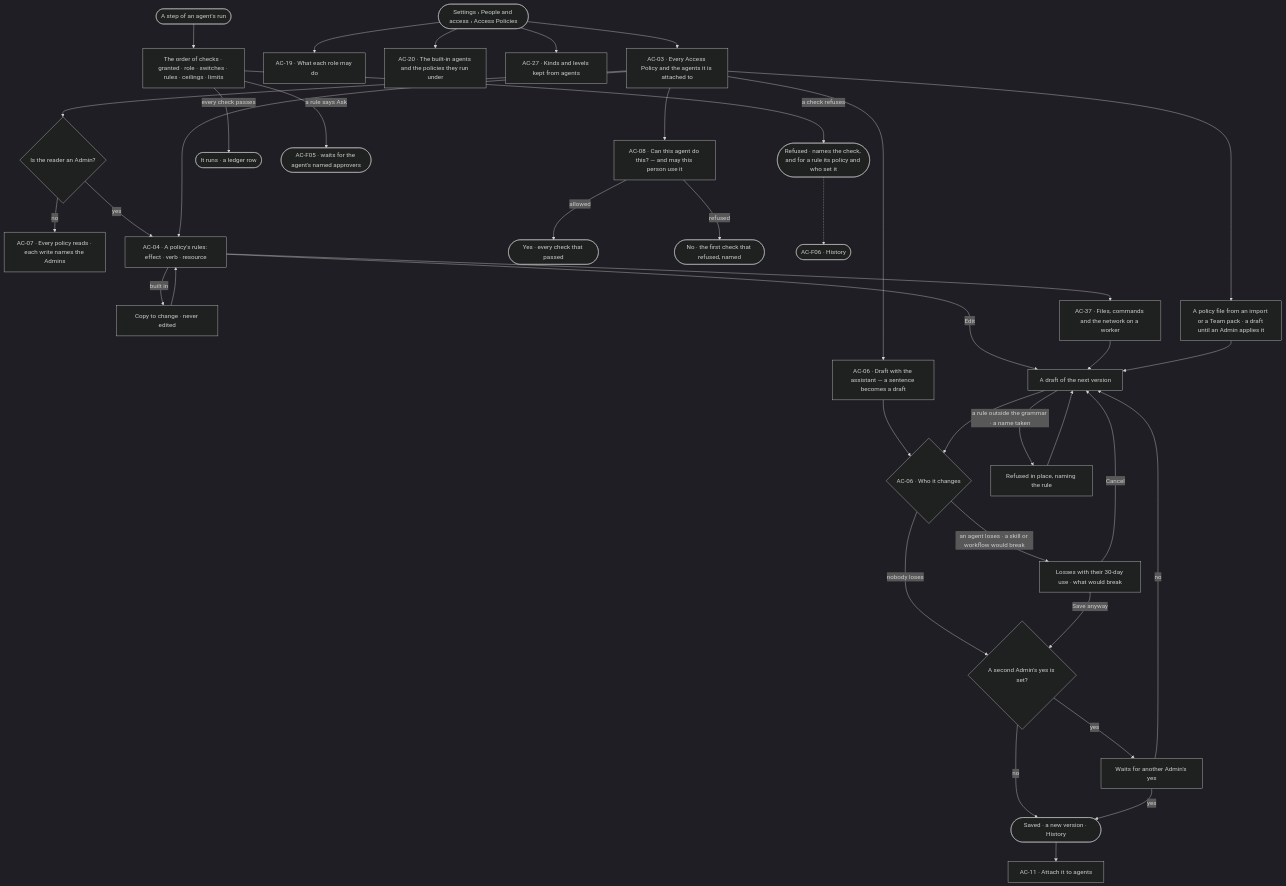
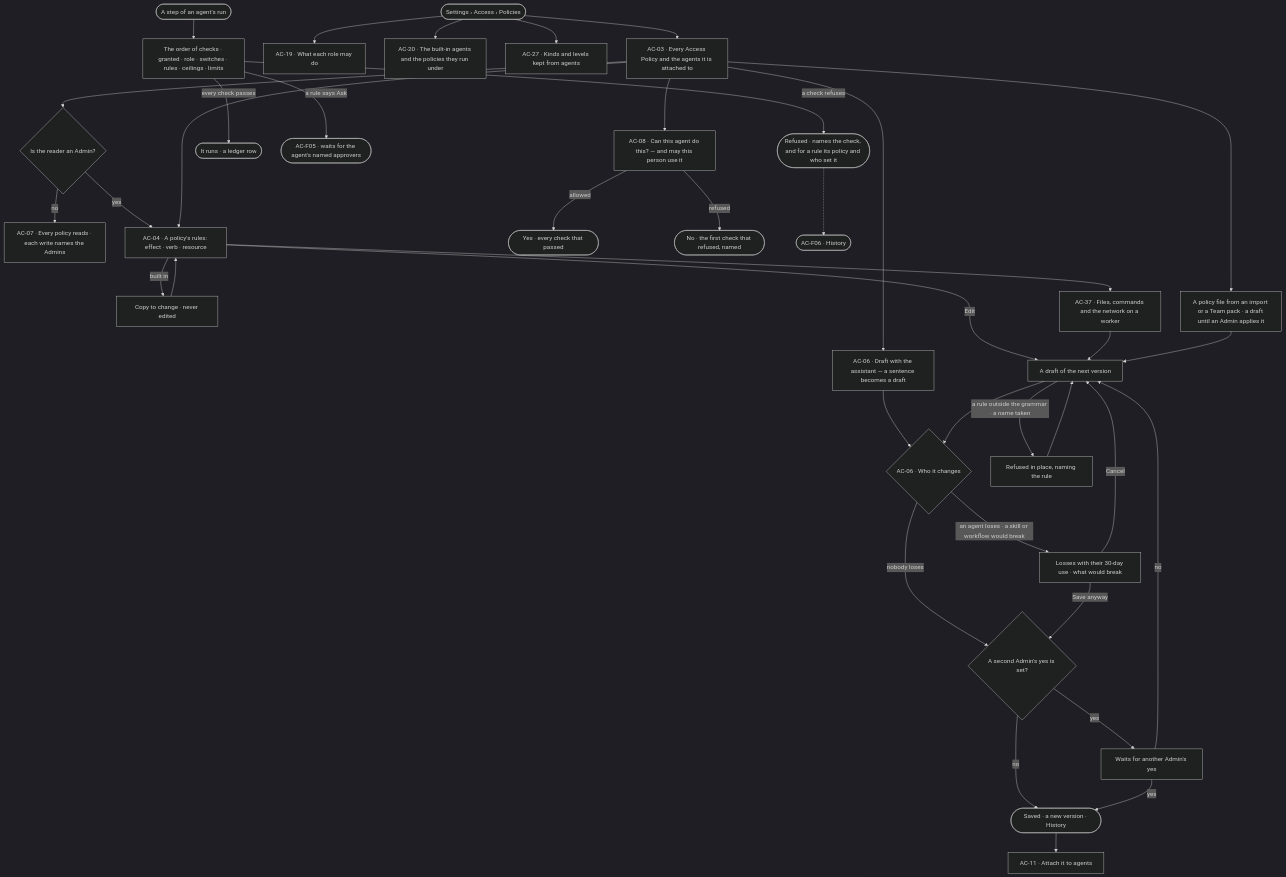
The first of 2 diagrams in specs/os/access/features/AC-F02-access-policies/feature.md (invana/invana), drawn with Mermaid (dark theme) before and after one commit. The commit also changed other lines of this file and 106 other files, not shown here.

````diff
--- a/specs/os/access/features/AC-F02-access-policies/feature.md
+++ b/specs/os/access/features/AC-F02-access-policies/feature.md
@@ -29,39 +29,39 @@
 ```mermaid
 flowchart TD
-  start([Settings › People and access › Access Policies]) --> list["AC-03 · Every Access Policy and the agents it is attached to"]
+  start([Settings › Access › Policies]) --> list["AC-03 · Every Access Policy and the agents it is attached to"]
   list --> who{"Is the reader an Admin?"}
   who -->|no| ro["AC-07 · Every policy reads · each write names the Admins"]
   who -->|yes| open["AC-04 · A policy's rules: effect · verb · resource"]
   list --> open
   open -->|built in| copy["Copy to change · never edited"] --> open
   open --> wk["AC-37 · Files, commands and the network on a worker"]
   list --> draft["AC-06 · Draft with the assistant — a sentence becomes a draft"]
   list --> imp0["A policy file from an import or a Team pack · a draft until an Admin applies it"]
   open -->|Edit| edit["A draft of the next version"]
   wk --> edit
   imp0 --> edit
   draft --> imp{"AC-06 · Who it changes"}
   edit --> imp
   imp -->|nobody loses| sv{"A second Admin's yes is set?"}
   imp -->|an agent loses · a skill or workflow would break| warn["Losses with their 30-day use · what would break"]
   warn -->|Save anyway| sv
   warn -->|Cancel| edit
   sv -->|no| save(["Saved · a new version · History"])
   sv -->|yes| two["Waits for another Admin's yes"]
   two -->|yes| save
   two -->|no| edit
   edit -->|a rule outside the grammar · a name taken| ref["Refused in place, naming the rule"]
   ref --> edit
   save --> att["AC-11 · Attach it to agents"]
   list --> chk["AC-08 · Can this agent do this? — and may this person use it"]
   chk -->|allowed| yes(["Yes · every check that passed"])
   chk -->|refused| no(["No · the first check that refused, named"])
   start --> roles["AC-19 · What each role may do"]
   start --> bi["AC-20 · The built-in agents and the policies they run under"]
   start --> kept["AC-27 · Kinds and levels kept from agents"]
   run([A step of an agent's run]) --> order["The order of checks · granted · role · switches · rules · ceilings · limits"]
   order -->|every check passes| go(["It runs · a ledger row"])
   order -->|a rule says Ask| askf(["AC-F05 · waits for the agent's named approvers"])
   order -->|a check refuses| blk(["Refused · names the check, and for a rule its policy and who set it"])
   blk -.-> hist(["AC-F06 · History"])
 ```
````
